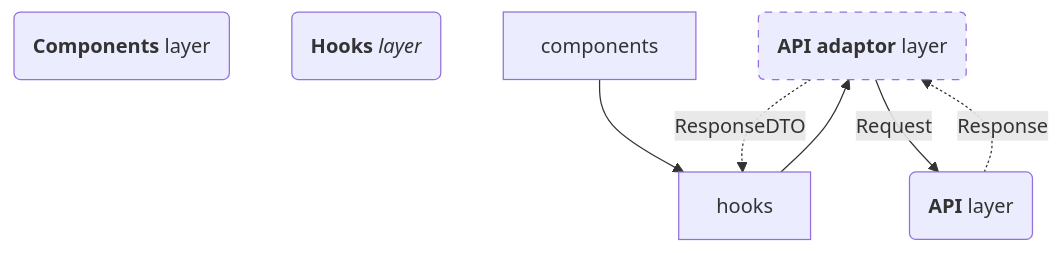
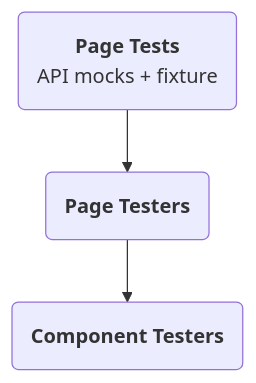
Before and after one commit to EthanLin-TWer/blog: the third of 3 diagrams in _posts/2023-12-10-react-unit-testing-best-practices.md, drawn with Mermaid. The commit also changed other lines of this file, not shown here.

````diff
--- a/_posts/2023-12-10-react-unit-testing-best-practices.md
+++ b/_posts/2023-12-10-react-unit-testing-best-practices.md
@@ -200,16 +212,9 @@
 ```mermaid
 flowchart TB
-  tests(<b>Components</b> layer)
-  testers(<b>Hooks</b> <i>layer</i>) 
-  api_adaptor(<b>API adaptor</b> layer)
-  api(<b>API</b> layer)
-
-  style api_adaptor stroke-dasharray: 6 6
-
-  components --> hooks
-  hooks --> api_adaptor
-  api_adaptor -. ResponseDTO .-> hooks
-
-  api_adaptor -- Request --> api
-  api -. Response .-> api_adaptor
+  page_tests("<b>Page Tests</b><br/>API mocks + fixture")
+  page_testers("<b>Page Testers</b>") 
+  testers("<b>Component Testers</b>")
+        
+  page_tests --> page_testers
+  page_testers --> testers
 ```
````
